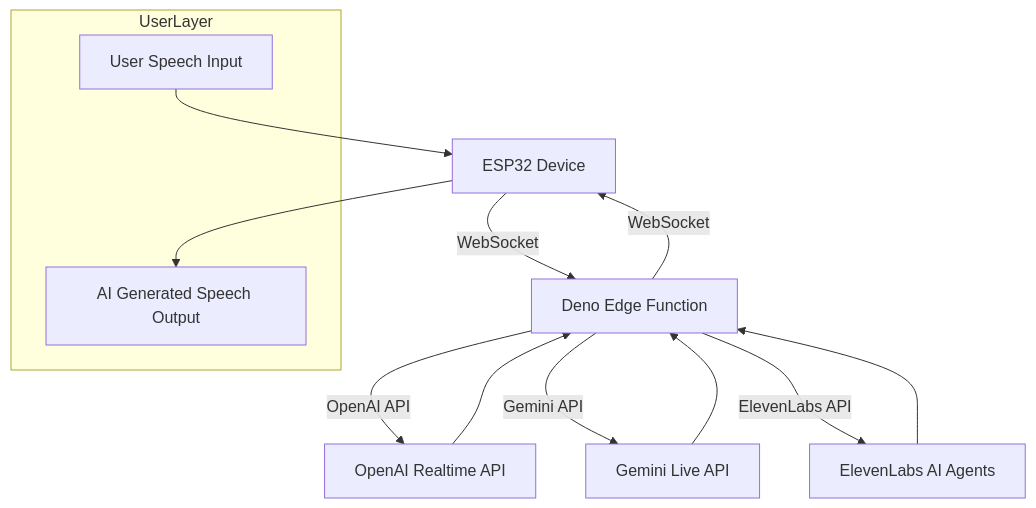
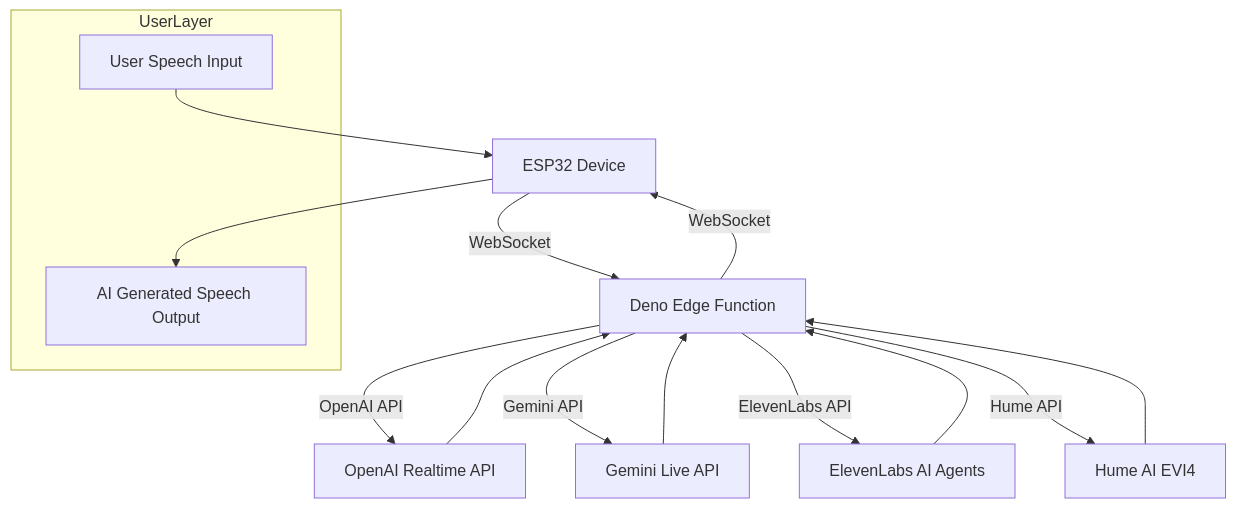
Before and after one commit to akdeb/ElatoAI: the first of 2 diagrams in README.md, drawn with Mermaid. The commit also changed other lines of this file, not shown here.

````diff
--- a/README.md
+++ b/README.md
@@ -229,18 +220,20 @@
 ```mermaid
 flowchart TD
   subgraph UserLayer
     UserInput[User Speech Input]
     UserOutput[AI Generated Speech Output]
   end
   
   UserInput --> ESP32
   ESP32[ESP32 Device] -->|WebSocket| Edge[Deno Edge Function]
   Edge -->|OpenAI API| OpenAI[OpenAI Realtime API]
   Edge -->|Gemini API| Gemini[Gemini Live API]
   Edge -->|ElevenLabs API| ElevenLabs[ElevenLabs AI Agents]
+  Edge -->|Hume API| Hume[Hume AI EVI4]
   OpenAI --> Edge
   Gemini --> Edge
   ElevenLabs --> Edge
+  Hume --> Edge
   Edge -->|WebSocket| ESP32
   ESP32 --> UserOutput
 ```
````
